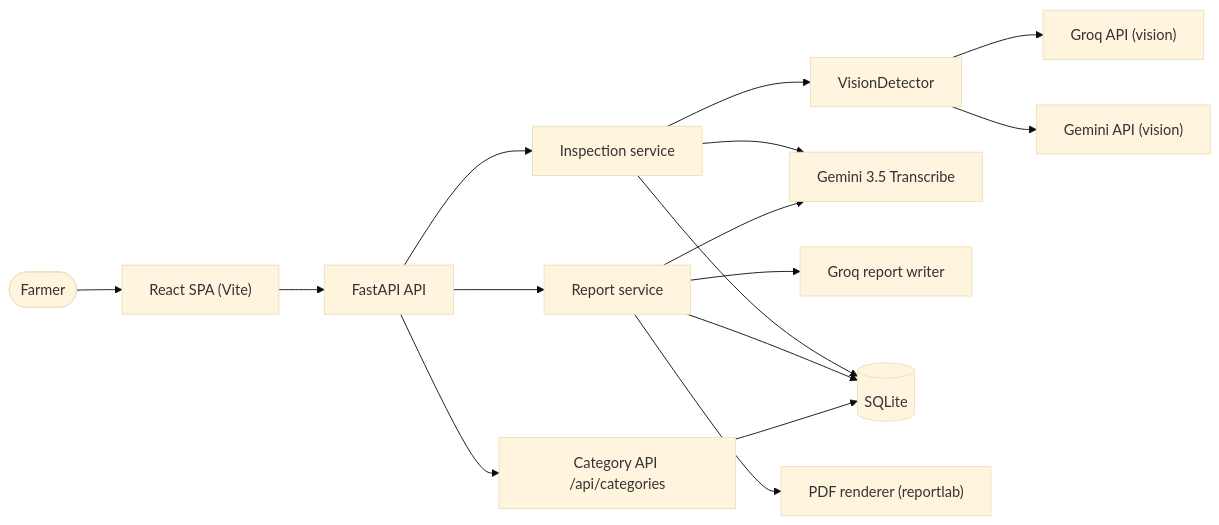
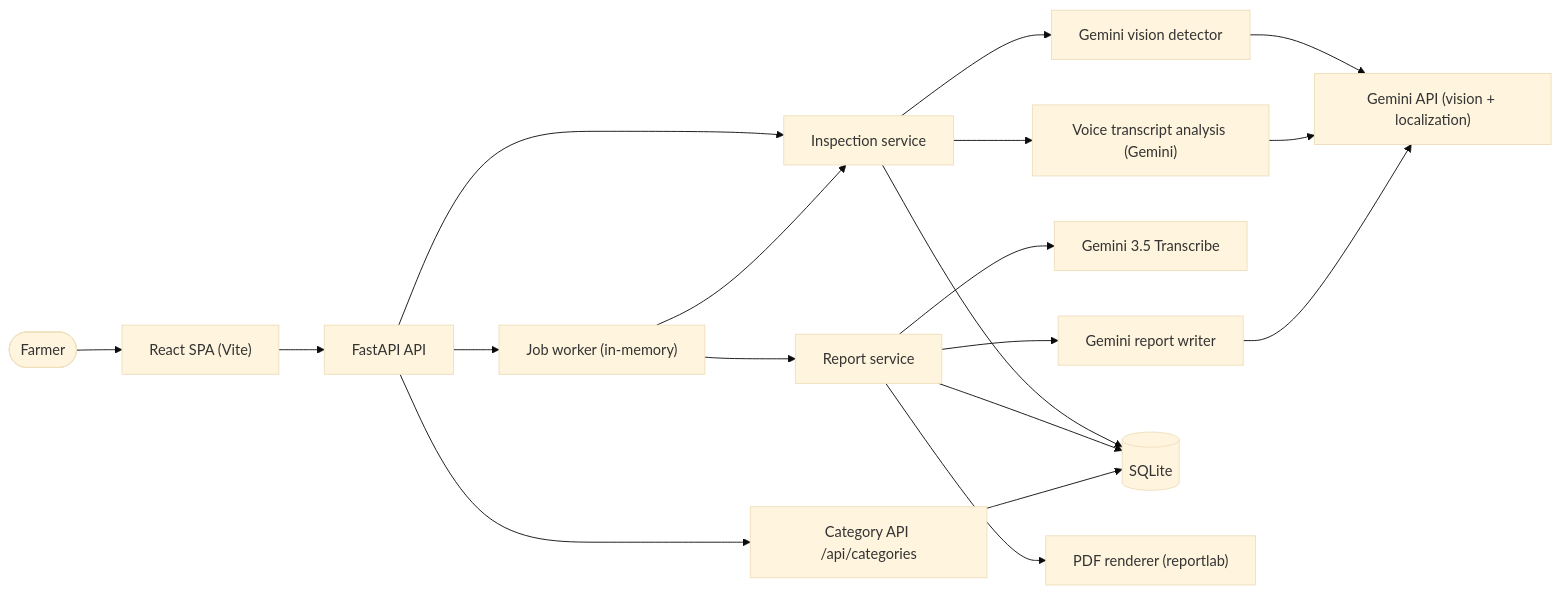
One commit to HamzaShafiq44/FieldMark changed the first of 4 diagrams in ARCHITECTURE.md. Above: the diagram before and after it, drawn with Mermaid (base theme). The commit also changed other lines of this file and 6 other files, not shown here.

Commit message:
Updated README and ARCHITECTURE

````diff
--- a/ARCHITECTURE.md
+++ b/ARCHITECTURE.md
@@ -154,18 +175,21 @@
 ```mermaid
 flowchart LR
     Farmer([Farmer]) --> UI["React SPA (Vite)"]
     UI --> API["FastAPI API"]
+    API --> JOBS["Job worker (in-memory)"]
     API --> SVC["Inspection service"]
-    API --> RPT["Report service"]
     API --> CAT["Category API /api/categories"]
-    SVC --> DET["VisionDetector"]
-    DET --> Groq["Groq API (vision)"]
-    DET --> Gemini["Gemini API (vision)"]
-    SVC --> TRANS["Gemini 3.5 Transcribe"]
-    RPT --> TRANS
-    RPT --> ReportAI["Groq report writer"]
+    JOBS --> SVC
+    SVC --> DET["Gemini vision detector"]
+    DET --> Gemini["Gemini API (vision + localization)"]
+    SVC --> VA["Voice transcript analysis (Gemini)"]
+    VA --> Gemini
+    JOBS --> RPT["Report service"]
+    RPT --> TRANS["Gemini 3.5 Transcribe"]
+    RPT --> Writer["Gemini report writer"]
+    Writer --> Gemini
     SVC --> DB[("SQLite")]
     RPT --> DB
     CAT --> DB
     RPT --> PDF["PDF renderer (reportlab)"]
 ```
````
